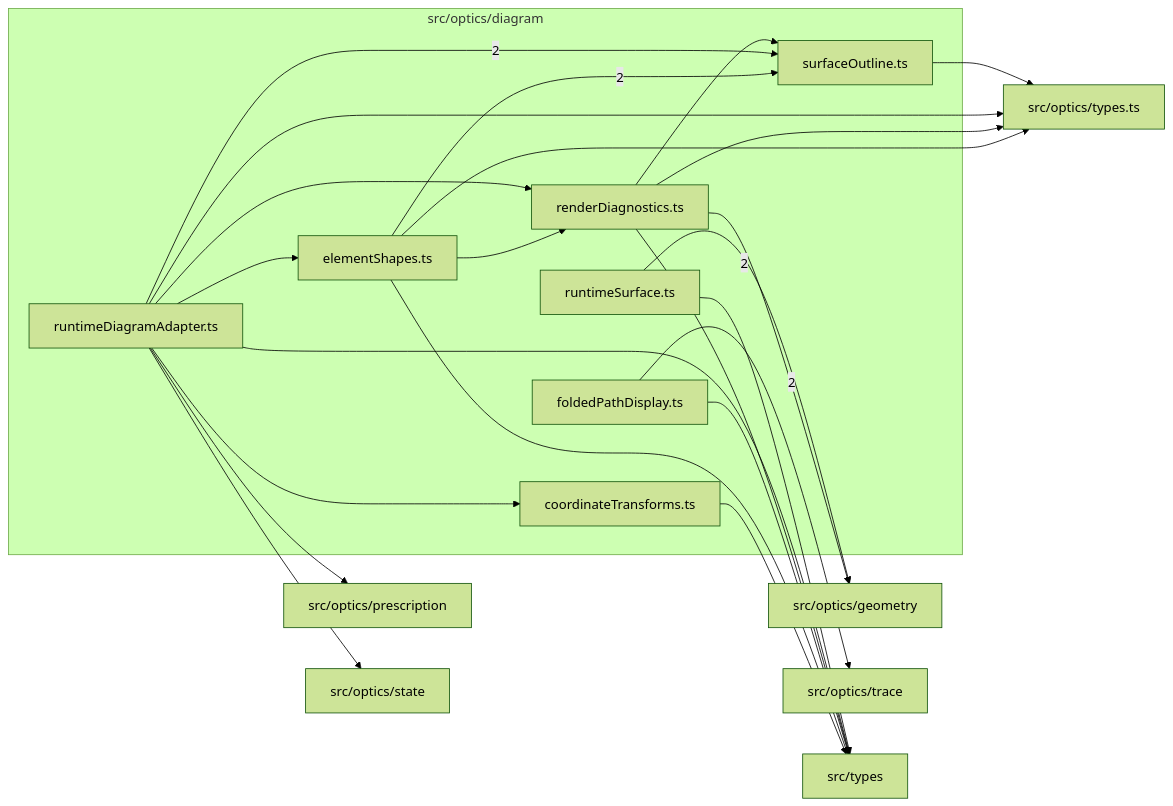
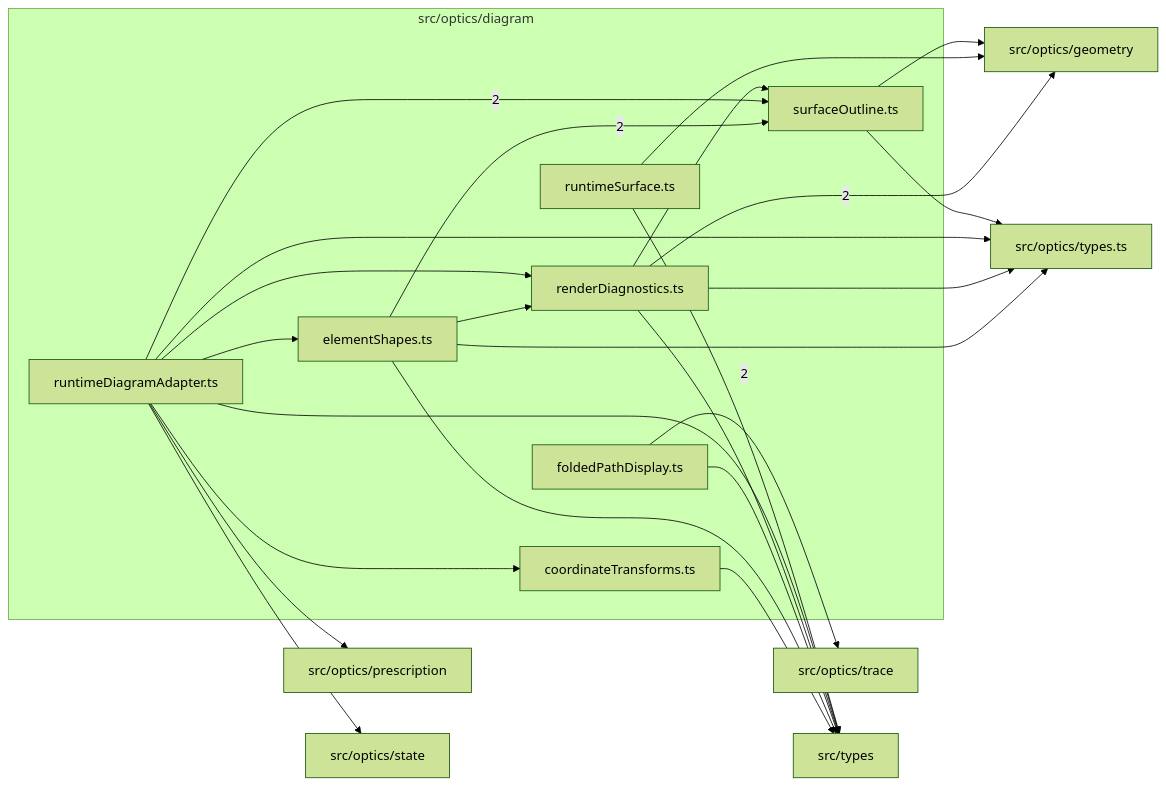
One commit to ronbuening/LensVisualizer changed the diagram in src/optics/diagram/readme.md. Above: the diagram before and after it, drawn with Mermaid (forest theme). The commit also changed other lines of this file and 13 other files, not shown here.

````diff
--- a/src/optics/diagram/readme.md
+++ b/src/optics/diagram/readme.md
@@ -9,40 +9,41 @@
 ```mermaid
 flowchart LR
   subgraph n_src_optics_diagram["src/optics/diagram"]
     n_src_optics_diagram_src_optics_diagram_coordinateTransforms_ts["coordinateTransforms.ts"]
     n_src_optics_diagram_src_optics_diagram_elementShapes_ts["elementShapes.ts"]
     n_src_optics_diagram_src_optics_diagram_foldedPathDisplay_ts["foldedPathDisplay.ts"]
     n_src_optics_diagram_src_optics_diagram_renderDiagnostics_ts["renderDiagnostics.ts"]
     n_src_optics_diagram_src_optics_diagram_runtimeDiagramAdapter_ts["runtimeDiagramAdapter.ts"]
     n_src_optics_diagram_src_optics_diagram_runtimeSurface_ts["runtimeSurface.ts"]
     n_src_optics_diagram_src_optics_diagram_surfaceOutline_ts["surfaceOutline.ts"]
   end
   n_external_src_optics_geometry["src/optics/geometry"]
   n_external_src_optics_trace["src/optics/trace"]
   n_external_src_optics_prescription["src/optics/prescription"]
   n_external_src_optics_state["src/optics/state"]
   n_external_src_optics_types_ts["src/optics/types.ts"]
   n_external_src_types["src/types"]
   n_src_optics_diagram_src_optics_diagram_renderDiagnostics_ts --> |2| n_external_src_optics_geometry
   n_src_optics_diagram_src_optics_diagram_foldedPathDisplay_ts --> |2| n_external_src_optics_trace
   n_src_optics_diagram_src_optics_diagram_elementShapes_ts --> |2| n_src_optics_diagram_src_optics_diagram_surfaceOutline_ts
   n_src_optics_diagram_src_optics_diagram_runtimeDiagramAdapter_ts --> |2| n_src_optics_diagram_src_optics_diagram_surfaceOutline_ts
   n_src_optics_diagram_src_optics_diagram_runtimeSurface_ts --> n_external_src_optics_geometry
+  n_src_optics_diagram_src_optics_diagram_surfaceOutline_ts --> n_external_src_optics_geometry
   n_src_optics_diagram_src_optics_diagram_runtimeDiagramAdapter_ts --> n_external_src_optics_prescription
   n_src_optics_diagram_src_optics_diagram_runtimeDiagramAdapter_ts --> n_external_src_optics_state
   n_src_optics_diagram_src_optics_diagram_elementShapes_ts --> n_external_src_optics_types_ts
   n_src_optics_diagram_src_optics_diagram_renderDiagnostics_ts --> n_external_src_optics_types_ts
   n_src_optics_diagram_src_optics_diagram_runtimeDiagramAdapter_ts --> n_external_src_optics_types_ts
   n_src_optics_diagram_src_optics_diagram_surfaceOutline_ts --> n_external_src_optics_types_ts
   n_src_optics_diagram_src_optics_diagram_coordinateTransforms_ts --> n_external_src_types
   n_src_optics_diagram_src_optics_diagram_elementShapes_ts --> n_external_src_types
   n_src_optics_diagram_src_optics_diagram_foldedPathDisplay_ts --> n_external_src_types
   n_src_optics_diagram_src_optics_diagram_renderDiagnostics_ts --> n_external_src_types
   n_src_optics_diagram_src_optics_diagram_runtimeDiagramAdapter_ts --> n_external_src_types
   n_src_optics_diagram_src_optics_diagram_runtimeSurface_ts --> n_external_src_types
   n_src_optics_diagram_src_optics_diagram_runtimeDiagramAdapter_ts --> n_src_optics_diagram_src_optics_diagram_coordinateTransforms_ts
   n_src_optics_diagram_src_optics_diagram_runtimeDiagramAdapter_ts --> n_src_optics_diagram_src_optics_diagram_elementShapes_ts
   n_src_optics_diagram_src_optics_diagram_elementShapes_ts --> n_src_optics_diagram_src_optics_diagram_renderDiagnostics_ts
   n_src_optics_diagram_src_optics_diagram_runtimeDiagramAdapter_ts --> n_src_optics_diagram_src_optics_diagram_renderDiagnostics_ts
   n_src_optics_diagram_src_optics_diagram_renderDiagnostics_ts --> n_src_optics_diagram_src_optics_diagram_surfaceOutline_ts
 ```
````
